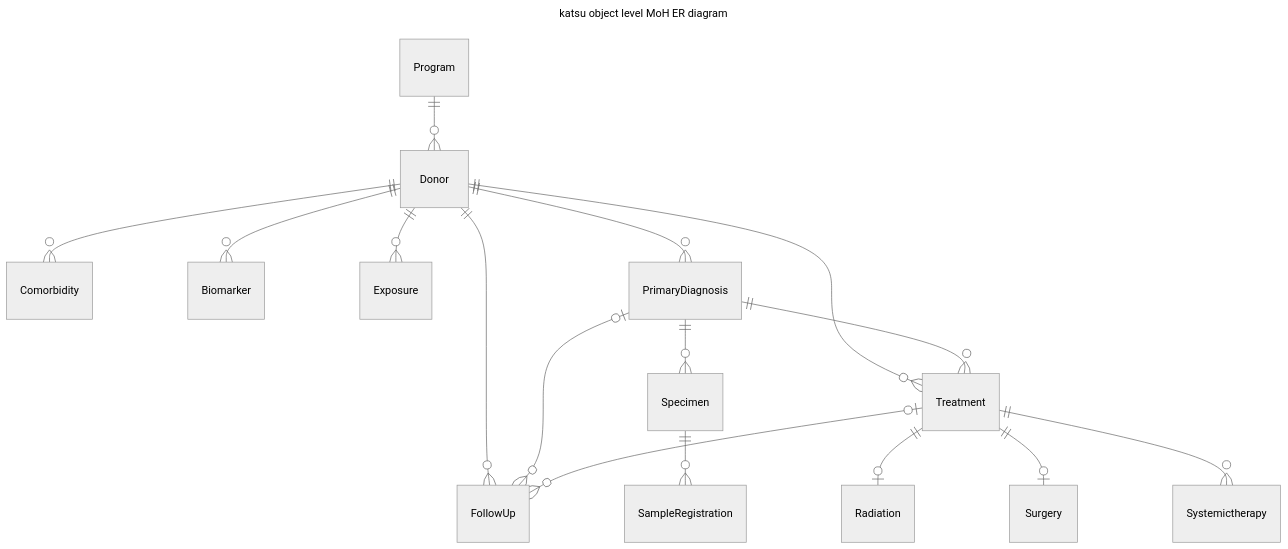
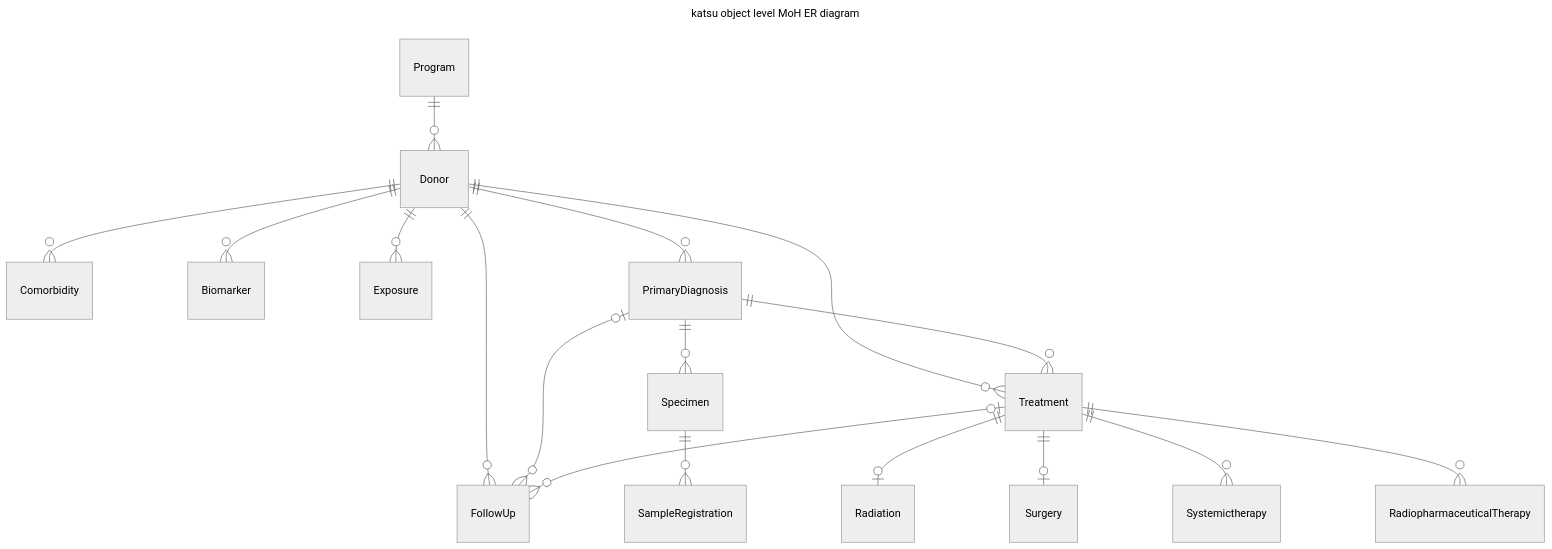
The first of 3 diagrams in README.md (CanDIG/katsu), drawn with Mermaid (neutral theme) before and after one commit.

````diff
--- a/README.md
+++ b/README.md
@@ -232,23 +232,24 @@
 ```mermaid
 ---
 title: katsu object level MoH ER diagram
 ---
 erDiagram
 
 Program ||--o{ Donor : ""
 Donor ||--o{ Comorbidity : ""
 Donor ||--o{ Biomarker : "" 
 Donor ||--o{ Exposure : "" 
 Donor ||--o{ FollowUp : "" 
 Donor ||--o{ PrimaryDiagnosis : ""
 Donor ||--o{ Treatment : "" 
 PrimaryDiagnosis ||--o{ Specimen : "" 
 PrimaryDiagnosis ||--o{ Treatment : "" 
 PrimaryDiagnosis o|--o{ FollowUp : ""
 Specimen ||--o{ SampleRegistration : "" 
 Treatment ||--o| Radiation : "" 
 Treatment ||--o| Surgery : "" 
 Treatment ||--o{ Systemictherapy : "" 
+Treatment ||--o{ RadiopharmaceuticalTherapy : "" 
 Treatment o|--o{ FollowUp : "" 
 
 ```
````
